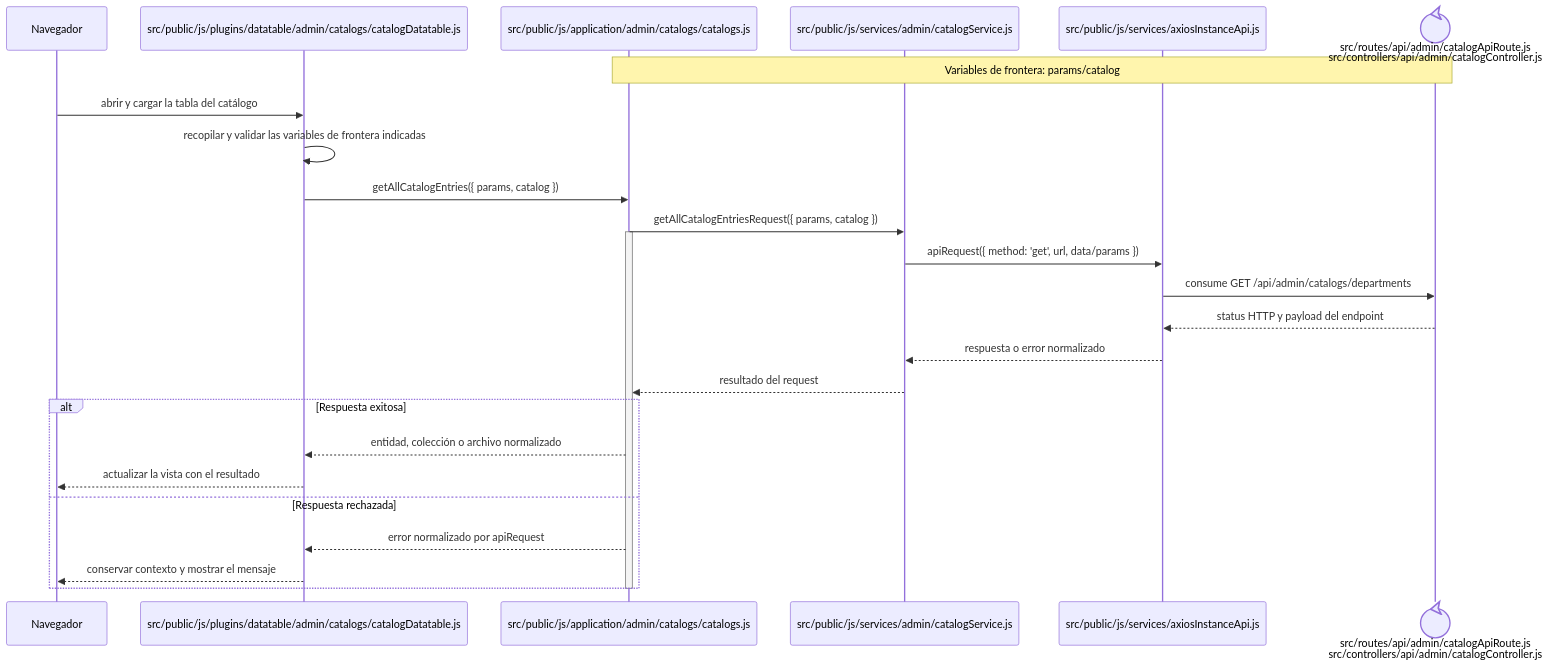
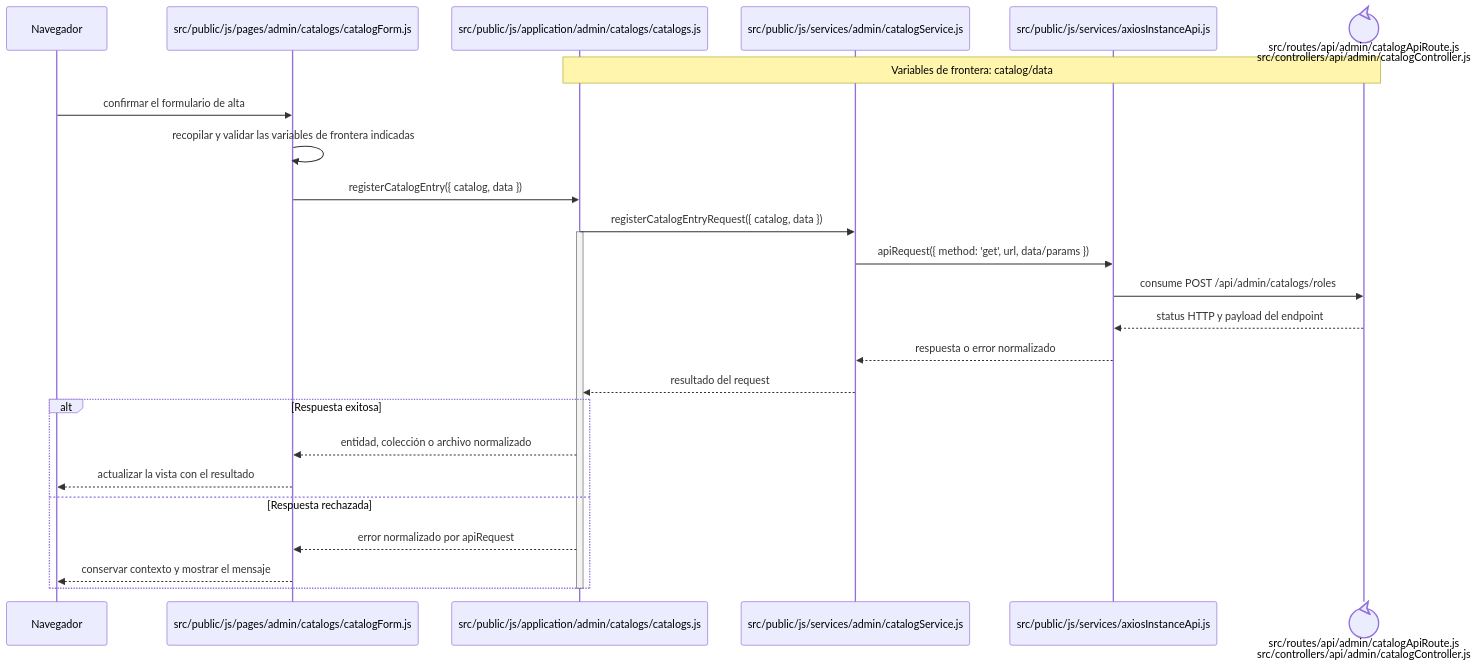
The diagram in docs/architecture/frontend-code-sequences/catalogs/cu-cat-31.md (gpgsistemas01/nexus), drawn with Mermaid before and after one commit. The commit also changed other lines of this file and 126 other files, not shown here.

````diff
--- a/docs/architecture/frontend-code-sequences/catalogs/cu-cat-31.md
+++ b/docs/architecture/frontend-code-sequences/catalogs/cu-cat-31.md
@@ -6,29 +6,29 @@
 ```mermaid
 sequenceDiagram
     participant Browser as Navegador
-    participant View as src/public/js/plugins/datatable/admin/catalogs/catalogDatatable.js
+    participant View as src/public/js/pages/admin/catalogs/catalogForm.js
     participant Application as src/public/js/application/admin/catalogs/catalogs.js
     participant Request as src/public/js/services/admin/catalogService.js
     participant HTTP as src/public/js/services/axiosInstanceApi.js
     participant Transport@{ "type": "control" } as src/routes/api/admin/catalogApiRoute.js<br/>src/controllers/api/admin/catalogController.js
-    Note over Application,Transport: Variables de frontera: params/catalog
+    Note over Application,Transport: Variables de frontera: catalog/data
 
-    Browser->>View: abrir y cargar la tabla del catálogo
+    Browser->>View: confirmar el formulario de alta
     View->>View: recopilar y validar las variables de frontera indicadas
-    View->>Application: getAllCatalogEntries({ params, catalog })
-    Application->>Request: getAllCatalogEntriesRequest({ params, catalog })
+    View->>Application: registerCatalogEntry({ catalog, data })
+    Application->>Request: registerCatalogEntryRequest({ catalog, data })
     activate Application
     Request->>HTTP: apiRequest({ method: 'get', url, data/params })
-    HTTP->>Transport: consume GET /api/admin/catalogs/departments
+    HTTP->>Transport: consume POST /api/admin/catalogs/roles
     Transport-->>HTTP: status HTTP y payload del endpoint
     HTTP-->>Request: respuesta o error normalizado
     Request-->>Application: resultado del request
     alt Respuesta exitosa
         Application-->>View: entidad, colección o archivo normalizado
         View-->>Browser: actualizar la vista con el resultado
     else Respuesta rechazada
         Application-->>View: error normalizado por apiRequest
         View-->>Browser: conservar contexto y mostrar el mensaje
     end
     deactivate Application
 ```
````
